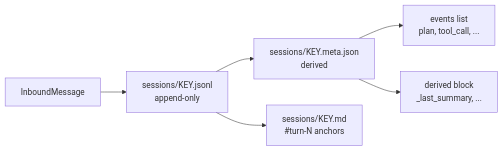
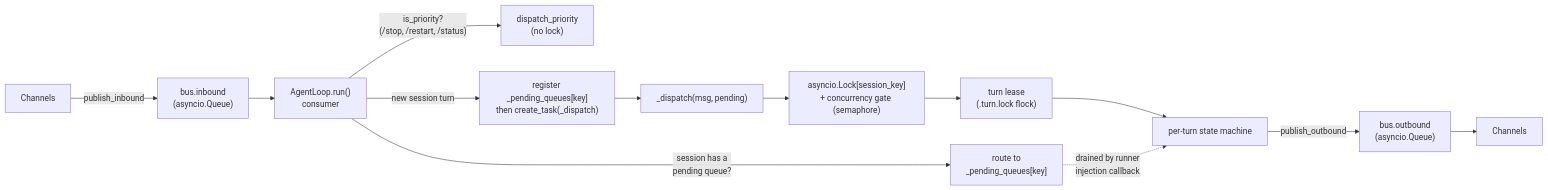
Before and after one commit to mmarmol/durin: the second of 3 diagrams in docs/internals/loop.md, drawn with Mermaid. The commit also changed other lines of this file and 23 other files, not shown here.

Commit message:
docs(internals): author/rewrite all how-it-works docs with mermaid diagrams (Phase 4 baseline)

````diff
--- a/docs/internals/loop.md
+++ b/docs/internals/loop.md
@@ -220,8 +102,15 @@
 ```mermaid
 flowchart LR
-    msg["InboundMessage"] --> jsonl["sessions/KEY.jsonl<br/>append-only"]
-    jsonl --> meta["sessions/KEY.meta.json<br/>derived"]
-    meta --> evs["events list<br/>plan, tool_call, ..."]
-    meta --> drv["derived block<br/>_last_summary, ..."]
-    jsonl --> md["sessions/KEY.md<br/>#turn-N anchors"]
+    Ch[Channels] -->|publish_inbound| Inb["bus.inbound<br/>(asyncio.Queue)"]
+    Inb --> RunLoop["AgentLoop.run()<br/>consumer"]
+    RunLoop -->|"is_priority?<br/>(/stop, /restart, /status)"| Prio["dispatch_priority<br/>(no lock)"]
+    RunLoop -->|"session has a<br/>pending queue?"| Inject["route to<br/>_pending_queues[key]"]
+    RunLoop -->|"new session turn"| NewTask["register _pending_queues[key]<br/>then create_task(_dispatch)"]
+    NewTask --> Disp["_dispatch(msg, pending)"]
+    Disp --> Lock["asyncio.Lock[session_key]<br/>+ concurrency gate (semaphore)"]
+    Lock --> Lease["turn lease<br/>(.turn.lock flock)"]
+    Lease --> SM[per-turn state machine]
+    Inject -.->|"drained by runner<br/>injection callback"| SM
+    SM -->|publish_outbound| Outb["bus.outbound<br/>(asyncio.Queue)"]
+    Outb --> Ch2[Channels]
 ```
````
